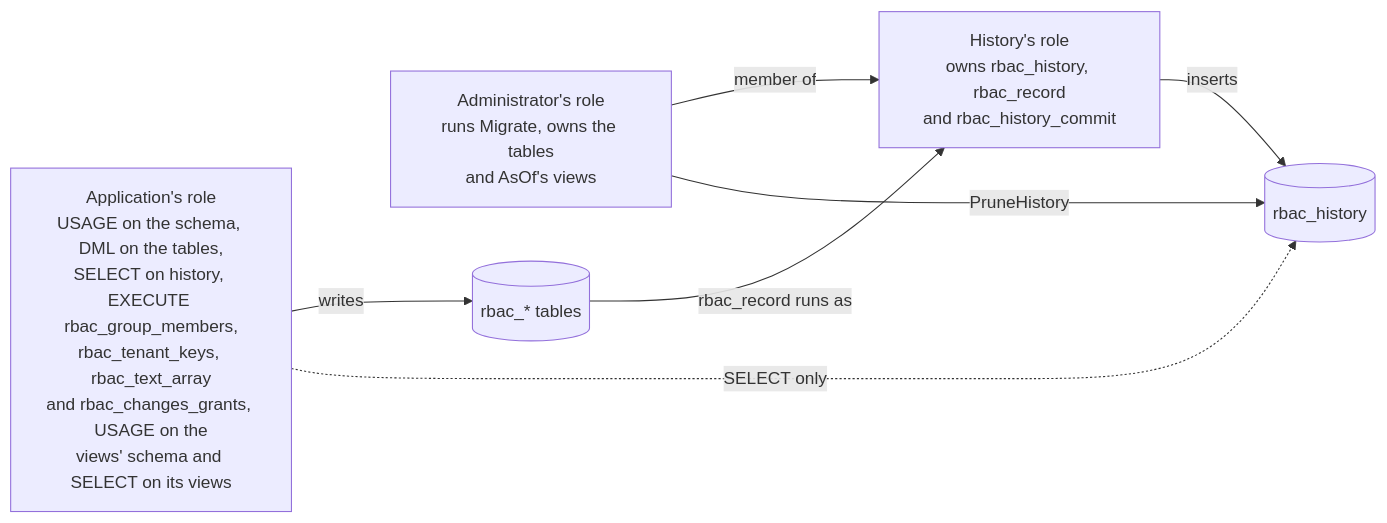
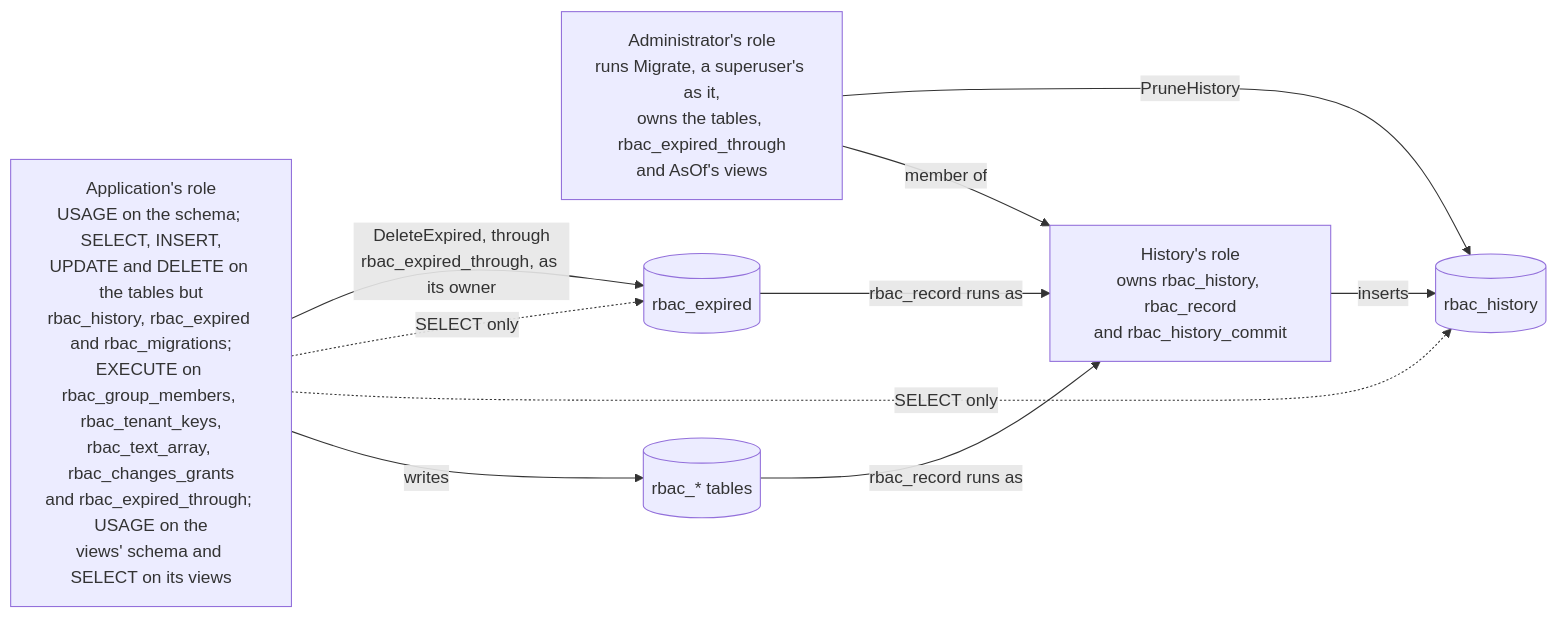
One commit to parallelworks/rbac changed diagram 14 of 14 in docs/architecture.md. Above: the diagram before and after it, drawn with Mermaid. The commit also changed other lines of this file and 8 other files, not shown here.

````diff
--- a/docs/architecture.md
+++ b/docs/architecture.md
@@ -1668,12 +1685,15 @@
 ```mermaid
 flowchart LR
-    admin["Administrator's role<br/>runs Migrate, owns the tables<br/>and AsOf's views"]
+    admin["Administrator's role<br/>runs Migrate, a superuser's as it,<br/>owns the tables, rbac_expired_through<br/>and AsOf's views"]
     histrole["History's role<br/>owns rbac_history, rbac_record<br/>and rbac_history_commit"]
-    app["Application's role<br/>USAGE on the schema, DML on the tables,<br/>SELECT on history, EXECUTE rbac_group_members,<br/>rbac_tenant_keys, rbac_text_array<br/>and rbac_changes_grants, USAGE on the<br/>views' schema and SELECT on its views"]
+    app["Application's role<br/>USAGE on the schema; SELECT, INSERT,<br/>UPDATE and DELETE on the tables but<br/>rbac_history, rbac_expired and rbac_migrations;<br/>EXECUTE on rbac_group_members, rbac_tenant_keys,<br/>rbac_text_array, rbac_changes_grants<br/>and rbac_expired_through; USAGE on the<br/>views' schema and SELECT on its views"]
     admin -->|"member of"| histrole
     app -->|"writes"| tables[("rbac_* tables")]
     tables -->|"rbac_record runs as"| histrole
     histrole -->|"inserts"| hist[("rbac_history")]
     app -.->|"SELECT only"| hist
+    app -.->|"SELECT only"| expired[("rbac_expired")]
+    app -->|"DeleteExpired, through<br/>rbac_expired_through, as its owner"| expired
+    expired -->|"rbac_record runs as"| histrole
     admin -->|"PruneHistory"| hist
 ```
````
